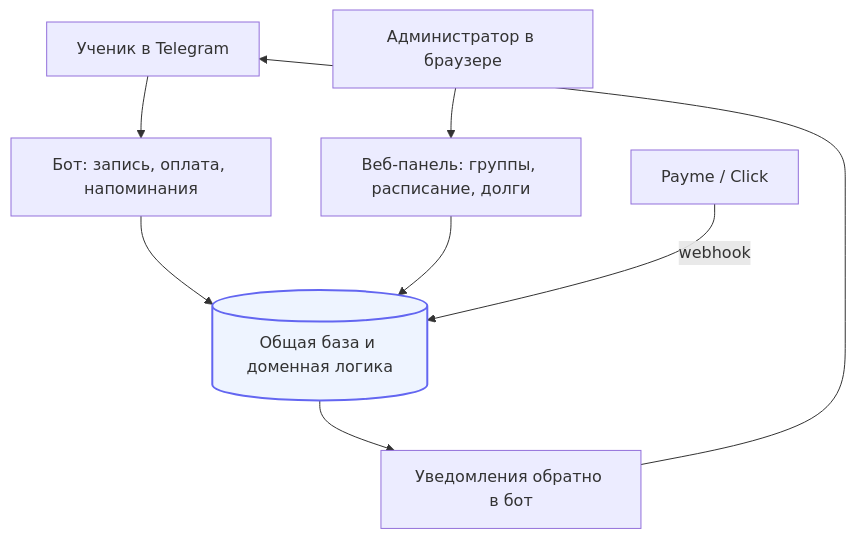
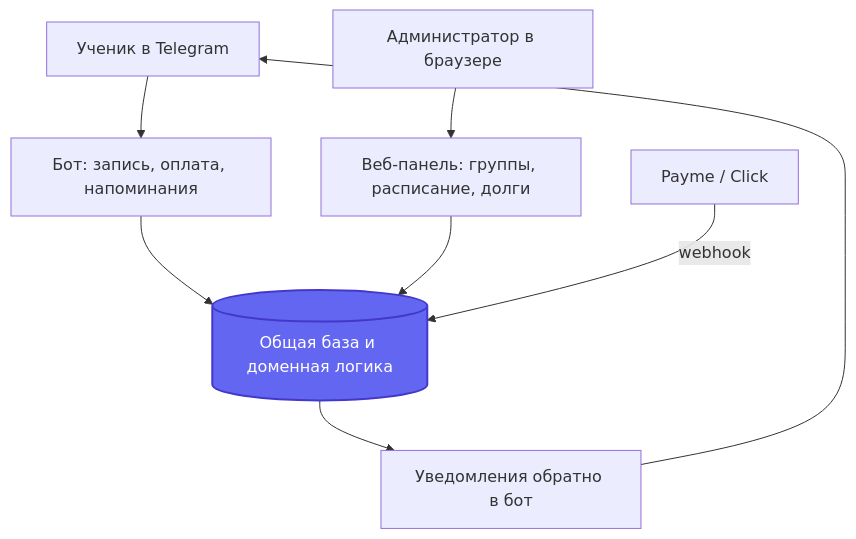
Before and after one commit to Shohruh1997/telegram-bot-architecture-notes: the third of 3 diagrams in README.md, drawn with Mermaid. The commit also changed other lines of this file, not shown here.

````diff
--- a/README.md
+++ b/README.md
@@ -130,12 +134,12 @@
 ```mermaid
 flowchart TB
     U[Ученик в Telegram] --> BOT[Бот: запись, оплата, напоминания]
     BOT --> CORE[(Общая база и доменная логика)]
     ADMIN[Администратор в браузере] --> PANEL[Веб-панель: группы, расписание, долги]
     PANEL --> CORE
     PAY[Payme / Click] -->|webhook| CORE
     CORE --> NOTIFY[Уведомления обратно в бот]
     NOTIFY --> U
 
-    style CORE fill:#eef4ff,stroke:#6366f1,stroke-width:2px
+    style CORE fill:#6366f1,stroke:#4338ca,stroke-width:2px,color:#ffffff
 ```
````
